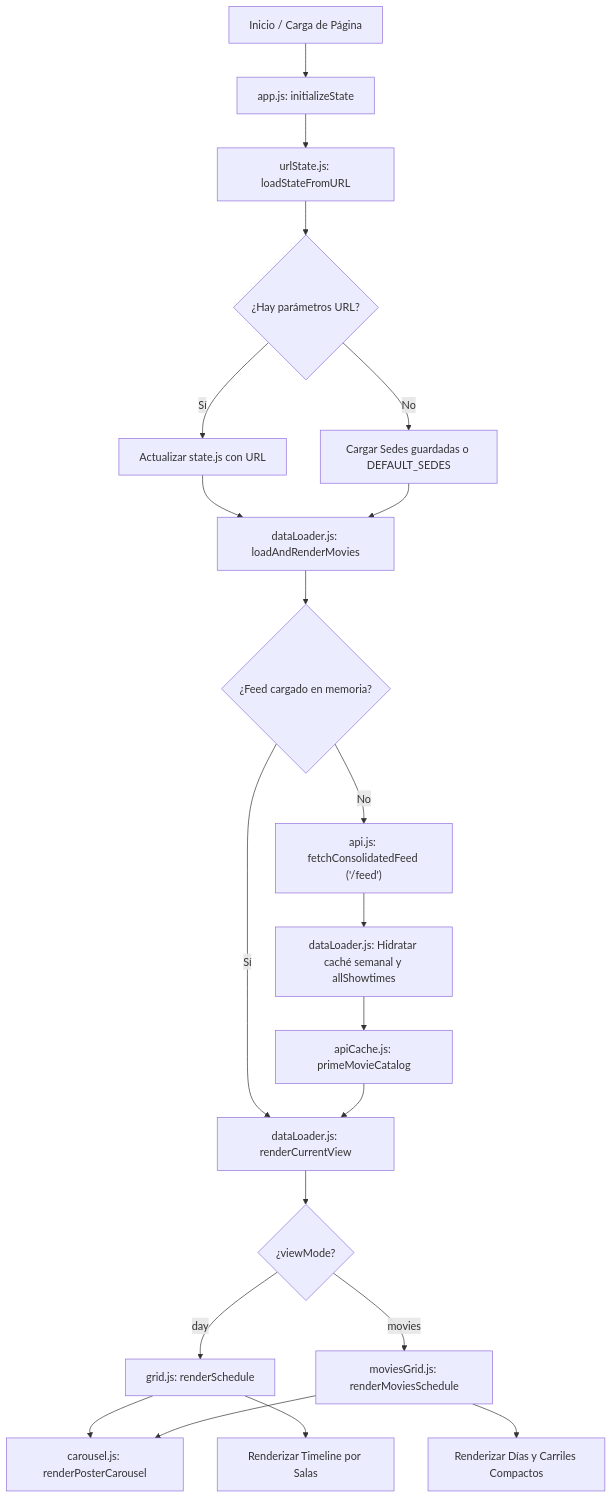
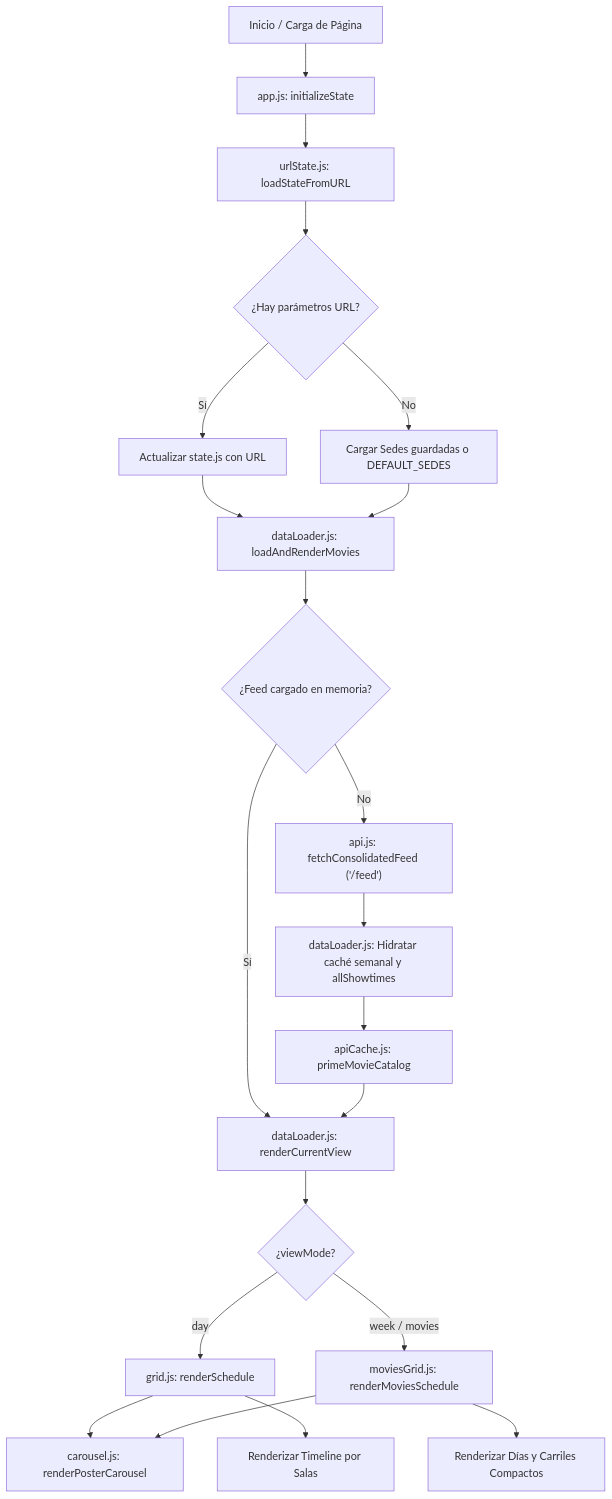
Before and after one commit to jjsantos01/cineteca-schedule-grid: the first of 2 diagrams in docs/architecture.md, drawn with Mermaid. The commit also changed other lines of this file and 16 other files, not shown here.

````diff
--- a/docs/architecture.md
+++ b/docs/architecture.md
@@ -9,26 +9,26 @@
 ```mermaid
 flowchart TD
     A[Inicio / Carga de Página] --> B[app.js: initializeState]
     B --> C[urlState.js: loadStateFromURL]
     C --> D{¿Hay parámetros URL?}
     D -- Sí --> E[Actualizar state.js con URL]
     D -- No --> F[Cargar Sedes guardadas o DEFAULT_SEDES]
     E --> G[dataLoader.js: loadAndRenderMovies]
     F --> G
 
     G --> H{¿Feed cargado en memoria?}
     H -- No --> I["api.js: fetchConsolidatedFeed ('/feed')"]
     I --> J[dataLoader.js: Hidratar caché semanal y allShowtimes]
     J --> K[apiCache.js: primeMovieCatalog]
     H -- Sí --> L[dataLoader.js: renderCurrentView]
     K --> L
 
     L --> L1{¿viewMode?}
     L1 -- day --> M1[grid.js: renderSchedule]
-    L1 -- movies --> M2[moviesGrid.js: renderMoviesSchedule]
+    L1 -- week / movies --> M2[moviesGrid.js: renderMoviesSchedule]
 
     M1 --> N[carousel.js: renderPosterCarousel]
     M2 --> N
     M1 --> O[Renderizar Timeline por Salas]
     M2 --> P[Renderizar Días y Carriles Compactos]
 ```
````
